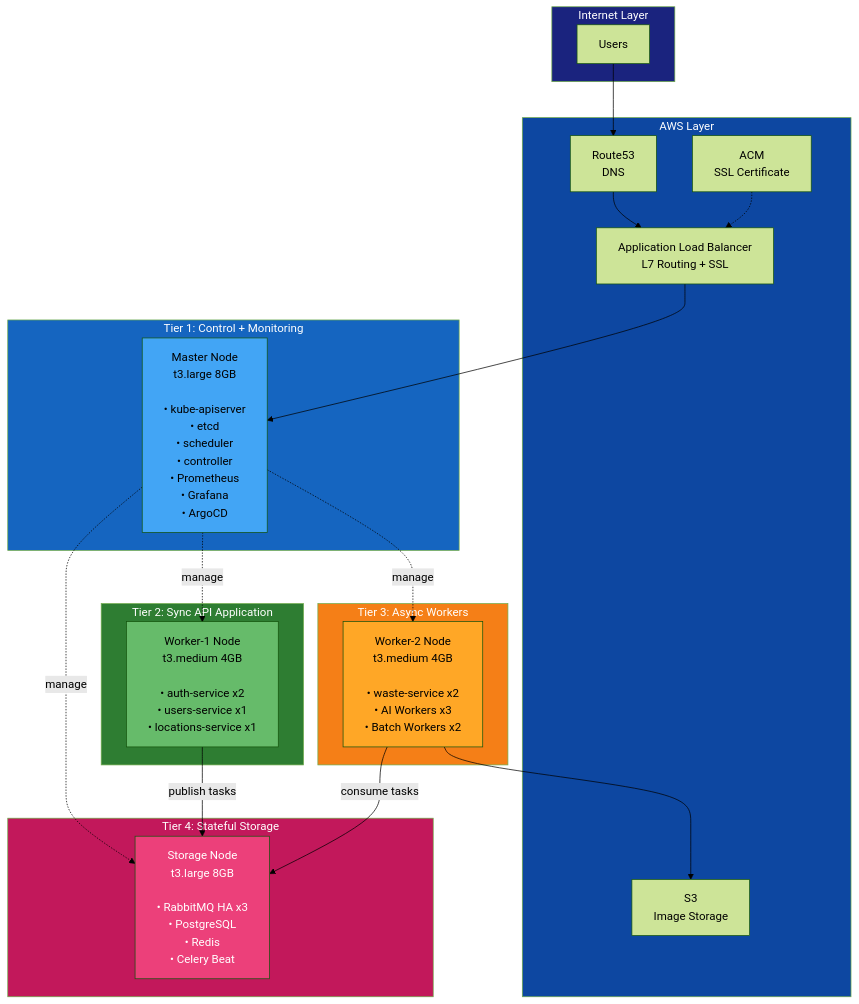
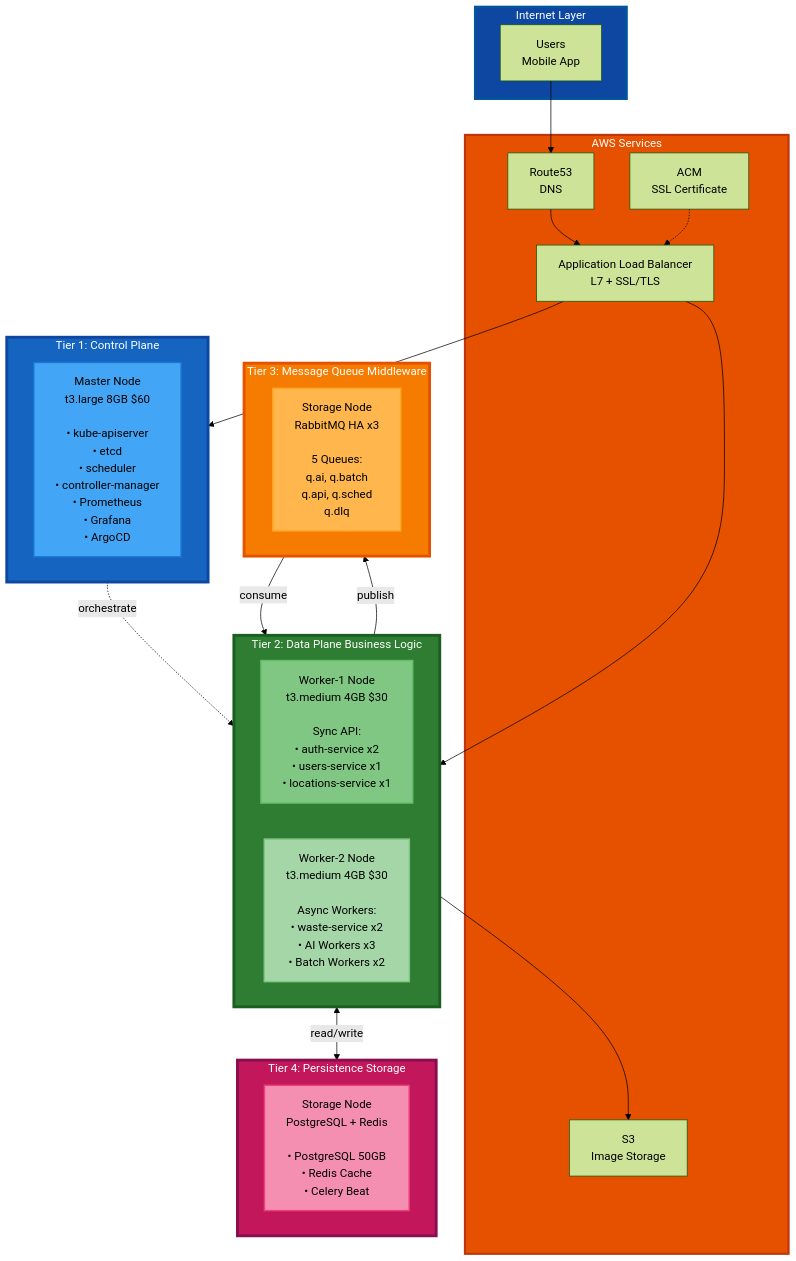
One commit to SeSACTHON/backend changed the diagram in DEPLOYMENT_GUIDE.md. Above: the diagram before and after it, drawn with Mermaid (forest theme). The commit also changed other lines of this file and 1 other file, not shown here.

First line of the commit message:
docs: Rewrite all docs with correct 4-Tier Layered Architecture

````diff
--- a/DEPLOYMENT_GUIDE.md
+++ b/DEPLOYMENT_GUIDE.md
@@ -56,53 +34,54 @@
 ```mermaid
 graph TB
     subgraph Internet["Internet Layer"]
-        Users["Users"]
+        Users["Users<br/>Mobile App"]
     end
     
-    subgraph AWS["AWS Layer"]
+    subgraph AWS["AWS Services"]
         Route53["Route53<br/>DNS"]
-        ALB["Application Load Balancer<br/>L7 Routing + SSL"]
+        ALB["Application Load Balancer<br/>L7 + SSL/TLS"]
         ACM["ACM<br/>SSL Certificate"]
         S3["S3<br/>Image Storage"]
     end
     
-    subgraph Tier1["Tier 1: Control + Monitoring"]
-        Master["Master Node<br/>t3.large 8GB<br/><br/>• kube-apiserver<br/>• etcd<br/>• scheduler<br/>• controller<br/>• Prometheus<br/>• Grafana<br/>• ArgoCD"]
+    subgraph Tier1["Tier 1: Control Plane"]
+        Master["Master Node<br/>t3.large 8GB $60<br/><br/>• kube-apiserver<br/>• etcd<br/>• scheduler<br/>• controller-manager<br/>• Prometheus<br/>• Grafana<br/>• ArgoCD"]
     end
     
-    subgraph Tier2["Tier 2: Sync API Application"]
-        Worker1["Worker-1 Node<br/>t3.medium 4GB<br/><br/>• auth-service x2<br/>• users-service x1<br/>• locations-service x1"]
+    subgraph Tier2["Tier 2: Data Plane Business Logic"]
+        Worker1["Worker-1 Node<br/>t3.medium 4GB $30<br/><br/>Sync API:<br/>• auth-service x2<br/>• users-service x1<br/>• locations-service x1"]
+        Worker2["Worker-2 Node<br/>t3.medium 4GB $30<br/><br/>Async Workers:<br/>• waste-service x2<br/>• AI Workers x3<br/>• Batch Workers x2"]
     end
     
-    subgraph Tier3["Tier 3: Async Workers"]
-        Worker2["Worker-2 Node<br/>t3.medium 4GB<br/><br/>• waste-service x2<br/>• AI Workers x3<br/>• Batch Workers x2"]
+    subgraph Tier3["Tier 3: Message Queue Middleware"]
+        RMQ["Storage Node<br/>RabbitMQ HA x3<br/><br/>5 Queues:<br/>q.ai, q.batch<br/>q.api, q.sched<br/>q.dlq"]
     end
     
-    subgraph Tier4["Tier 4: Stateful Storage"]
-        Storage["Storage Node<br/>t3.large 8GB<br/><br/>• RabbitMQ HA x3<br/>• PostgreSQL<br/>• Redis<br/>• Celery Beat"]
+    subgraph Tier4["Tier 4: Persistence Storage"]
+        DB["Storage Node<br/>PostgreSQL + Redis<br/><br/>• PostgreSQL 50GB<br/>• Redis Cache<br/>• Celery Beat"]
     end
     
     Users --> Route53
     Route53 --> ALB
     ACM -.-> ALB
-    ALB --> Master
+    ALB --> Tier2
+    ALB --> Tier1
     
-    Master -.->|manage| Worker1
-    Master -.->|manage| Worker2
-    Master -.->|manage| Storage
+    Tier1 -.->|orchestrate| Tier2
+    Tier2 -->|publish| Tier3
+    Tier2 <-->|read/write| Tier4
+    Tier3 -->|consume| Tier2
+    Tier2 --> S3
     
-    Worker1 -->|publish tasks| Storage
-    Worker2 -->|consume tasks| Storage
-    Worker2 --> S3
-    
-    style Internet fill:#1a237e,color:#fff
-    style AWS fill:#0d47a1,color:#fff
-    style Tier1 fill:#1565c0,color:#fff
-    style Tier2 fill:#2e7d32,color:#fff
-    style Tier3 fill:#f57f17,color:#fff
-    style Tier4 fill:#c2185b,color:#fff
-    style Master fill:#42a5f5,color:#000
-    style Worker1 fill:#66bb6a,color:#000
-    style Worker2 fill:#ffa726,color:#000
-    style Storage fill:#ec407a,color:#fff
+    style Internet fill:#0d47a1,color:#fff,stroke:#01579b,stroke-width:3px
+    style AWS fill:#e65100,color:#fff,stroke:#bf360c,stroke-width:3px
+    style Tier1 fill:#1565c0,color:#fff,stroke:#0d47a1,stroke-width:4px
+    style Tier2 fill:#2e7d32,color:#fff,stroke:#1b5e20,stroke-width:4px
+    style Tier3 fill:#f57c00,color:#fff,stroke:#e65100,stroke-width:4px
+    style Tier4 fill:#c2185b,color:#fff,stroke:#880e4f,stroke-width:4px
+    style Master fill:#42a5f5,color:#000,stroke:#1976d2,stroke-width:2px
+    style Worker1 fill:#81c784,color:#000,stroke:#66bb6a,stroke-width:2px
+    style Worker2 fill:#a5d6a7,color:#000,stroke:#81c784,stroke-width:2px
+    style RMQ fill:#ffb74d,color:#000,stroke:#ffa726,stroke-width:2px
+    style DB fill:#f48fb1,color:#000,stroke:#ec407a,stroke-width:2px
 ```
````
